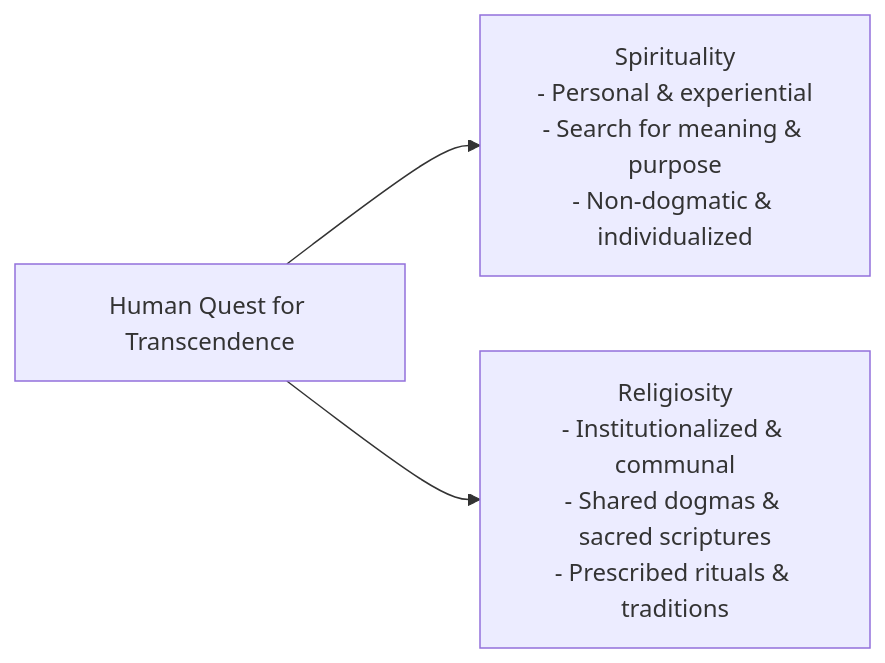
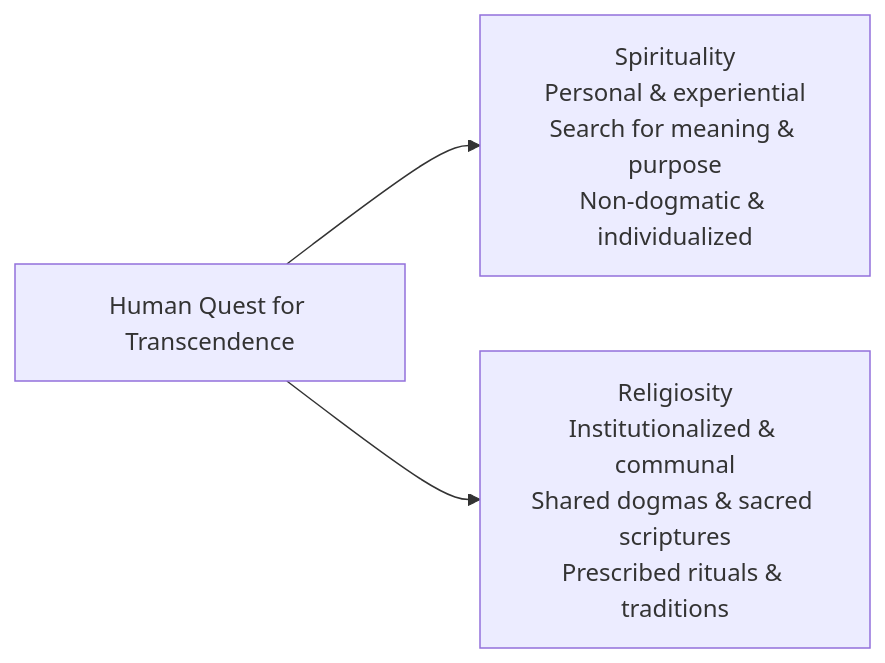
One commit to aidocmr/learn-bscs changed the second of 5 diagrams in content/Year 1/Understanding the Self/10. The Spiritual Self.md. Above: the diagram before and after it, drawn with Mermaid. The commit also changed other lines of this file and 20 other files, not shown here.

First line of the commit message:
fix: Remove markdown lists and numbered prefixes from all Mermaid diagrams

````diff
--- a/content/Year 1/Understanding the Self/10. The Spiritual Self.md
+++ b/content/Year 1/Understanding the Self/10. The Spiritual Self.md
@@ -38,5 +38,5 @@
 ```mermaid
 graph LR
-    Quest["Human Quest for Transcendence"] --> Spir["Spirituality<br/>- Personal & experiential<br/>- Search for meaning & purpose<br/>- Non-dogmatic & individualized"]
-    Quest --> Rel["Religiosity<br/>- Institutionalized & communal<br/>- Shared dogmas & sacred scriptures<br/>- Prescribed rituals & traditions"]
+    Quest["Human Quest for Transcendence"] --> Spir["Spirituality<br/>Personal & experiential<br/>Search for meaning & purpose<br/>Non-dogmatic & individualized"]
+    Quest --> Rel["Religiosity<br/>Institutionalized & communal<br/>Shared dogmas & sacred scriptures<br/>Prescribed rituals & traditions"]
 ```
````
